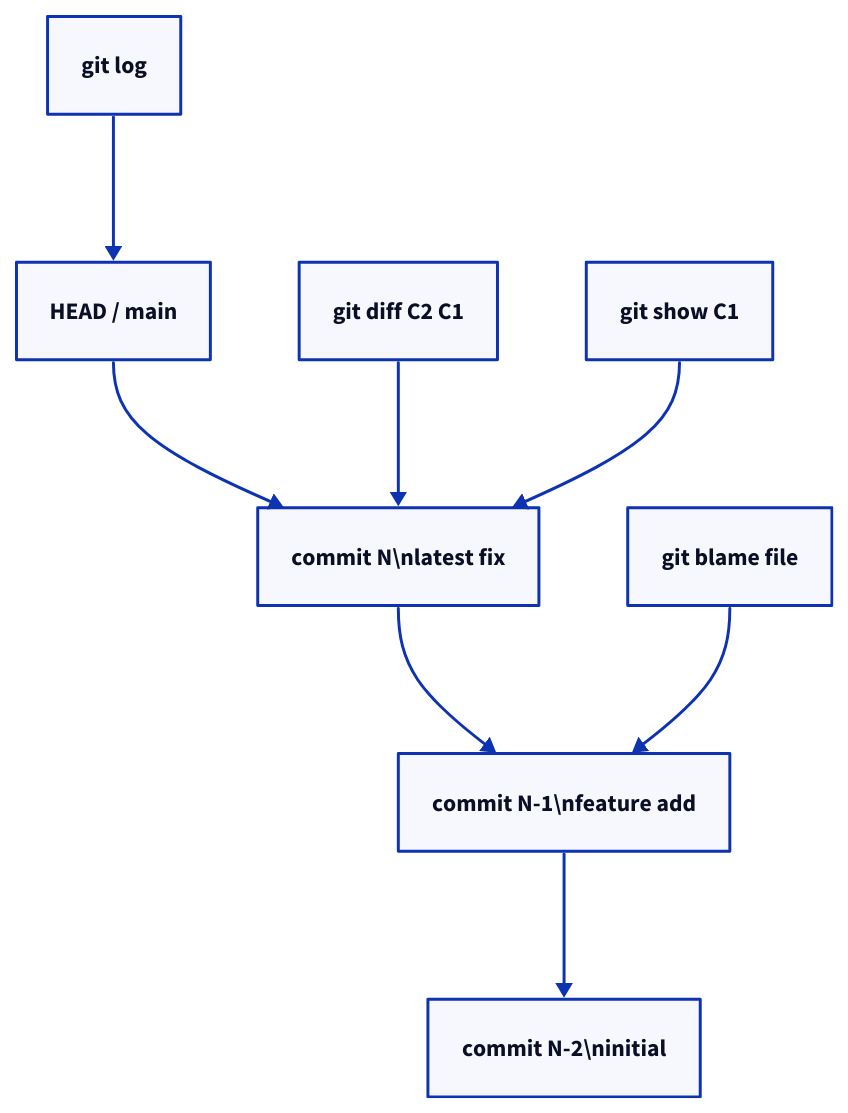
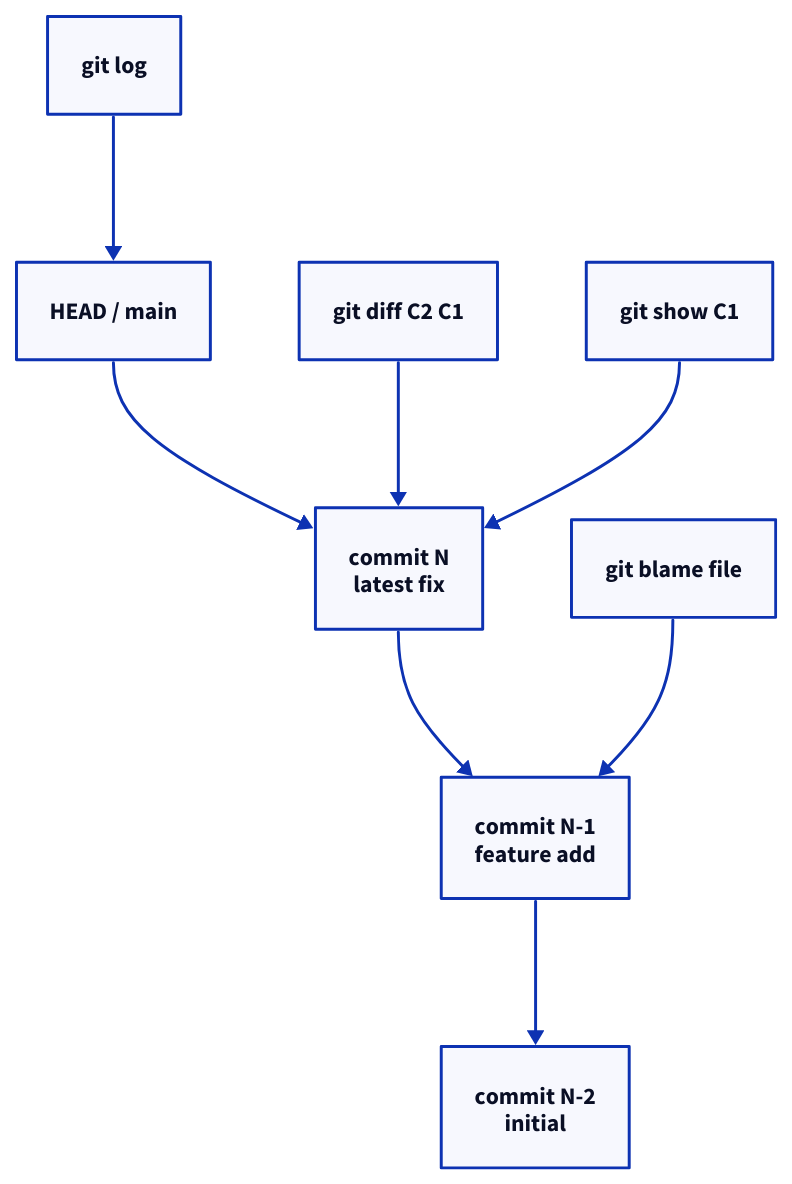
Before and after one commit to rebash-rebash/rebash-academy: the diagram in docs/git/viewing-history-and-diffs.md, drawn with D2. The commit also changed 177 other files, not shown here.

First line of the commit message:
Ship Terraform track, diagram polish, and new brand favicon.

````diff
--- a/docs/git/viewing-history-and-diffs.md
+++ b/docs/git/viewing-history-and-diffs.md
@@ -47,19 +47,19 @@
 ```d2
 direction: down
 
 HEAD: "HEAD / main"
-    C1: "commit N\\nlatest fix"
-    C2: "commit N-1\\nfeature add"
-    C3: "commit N-2\\ninitial"
+    C1: "commit N\nlatest fix"
+    C2: "commit N-1\nfeature add"
+    C3: "commit N-2\ninitial"
     HEAD -> C1
     C1 -> C2
     C2 -> C3
     LOG: "git log"
     LOG -> HEAD
     DIFF: "git diff C2 C1"
     DIFF -> C1
     BLAME: "git blame file"
     BLAME -> C2
     SHOW: "git show C1"
     SHOW -> C1
 ```
````
